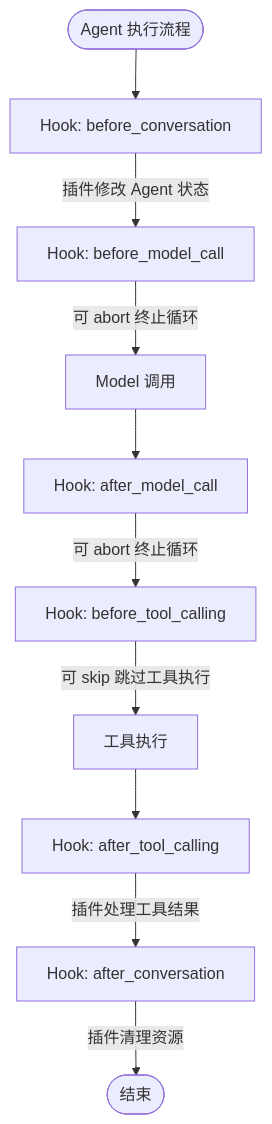
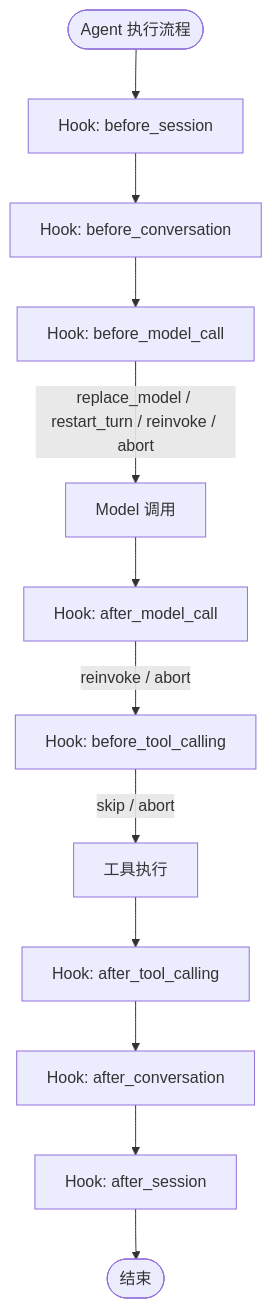
Before and after one commit to whywwhhyy/hawi: the diagram in docs/hook_system.md, drawn with Mermaid. The commit also changed other lines of this file and 7 other files, not shown here.

````diff
--- a/docs/hook_system.md
+++ b/docs/hook_system.md
@@ -14,12 +14,14 @@
 ```mermaid
 flowchart TD
-    Start(["Agent 执行流程"]) --> BC["Hook: before_conversation"]
-    BC -->|"插件修改 Agent 状态"| BMC["Hook: before_model_call"]
-    BMC -->|"可 abort 终止循环"| Model["Model 调用"]
+    Start(["Agent 执行流程"]) --> BS["Hook: before_session"]
+    BS --> BC["Hook: before_conversation"]
+    BC --> BMC["Hook: before_model_call"]
+    BMC -->|"replace_model / restart_turn / reinvoke / abort"| Model["Model 调用"]
     Model --> AMC["Hook: after_model_call"]
-    AMC -->|"可 abort 终止循环"| BTC["Hook: before_tool_calling"]
-    BTC -->|"可 skip 跳过工具执行"| Tool["工具执行"]
+    AMC -->|"reinvoke / abort"| BTC["Hook: before_tool_calling"]
+    BTC -->|"skip / abort"| Tool["工具执行"]
     Tool --> ATC["Hook: after_tool_calling"]
-    ATC -->|"插件处理工具结果"| AEC["Hook: after_conversation"]
-    AEC -->|"插件清理资源"| End(["结束"])
+    ATC --> AEC["Hook: after_conversation"]
+    AEC --> AS["Hook: after_session"]
+    AS --> End(["结束"])
 ```
````
